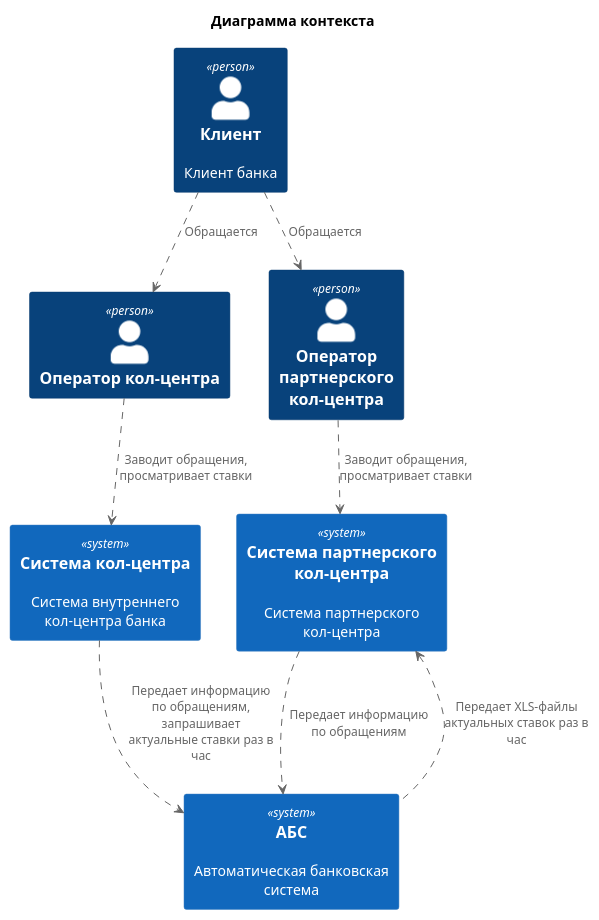
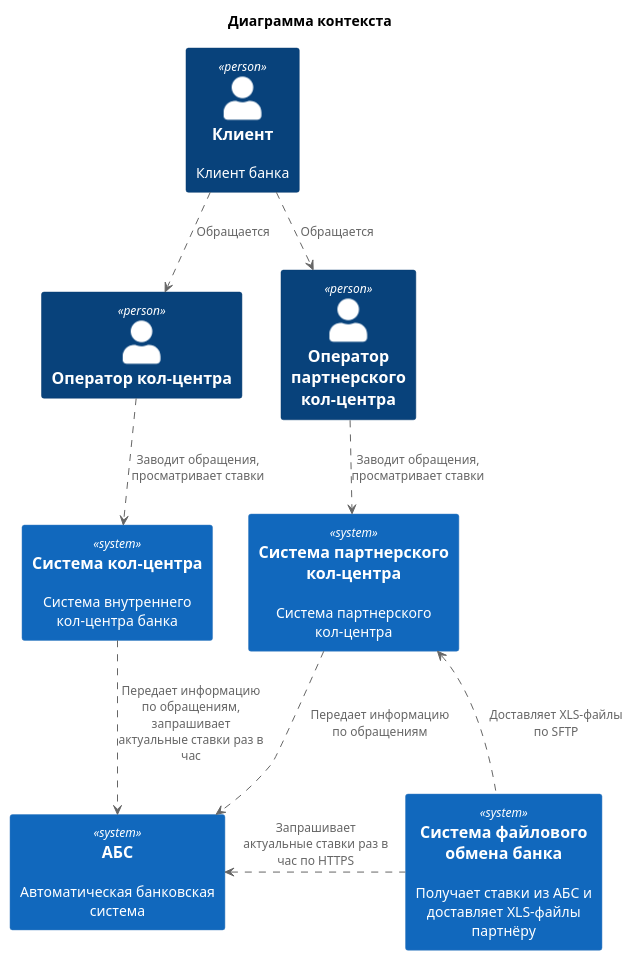
Before and after one commit to PAKETIKk/architecture-standart: the diagram in Task4/diagrams/context.puml, drawn with PlantUML. The commit also changed 11 other files, not shown here.

```diff
--- a/Task4/diagrams/context.puml
+++ b/Task4/diagrams/context.puml
@@ -1,23 +1,25 @@
 @startuml 
 title Диаграмма контекста
 !include ./uml-lib/C4_Context.puml 
 ' Пользователи
 Person(user, "Клиент", "Клиент банка")
 Person(operator, "Оператор кол-центра")
 Person(partnerOperator, "Оператор партнерского кол-центра")
 ' Системы
 System(ABS, "АБС", "Автоматическая банковская система")
 System(callCenter, "Система кол-центра", "Система внутреннего кол-центра банка")
 System(partnerCallCenter, "Система партнерского кол-центра", "Система партнерского кол-центра")
+System(fileExchange, "Система файлового обмена банка", "Получает ставки из АБС и доставляет XLS-файлы партнёру")
 ' Взаимодействия
 user ..> operator: "Обращается"
 user ..> partnerOperator: "Обращается"
 
 operator ..> callCenter: "Заводит обращения, просматривает ставки"
 callCenter ..> ABS: "Передает информацию по обращениям, запрашивает актуальные ставки раз в час"
 
 partnerOperator ..> partnerCallCenter: "Заводит обращения, просматривает ставки"
 partnerCallCenter ..> ABS: "Передает информацию по обращениям"
 
-ABS .up.> partnerCallCenter: "Передает XLS-файлы актуальных ставок раз в час"
+fileExchange .left.> ABS: "Запрашивает актуальные ставки раз в час по HTTPS"
+fileExchange .up.> partnerCallCenter: "Доставляет XLS-файлы по SFTP"
 @enduml
```
